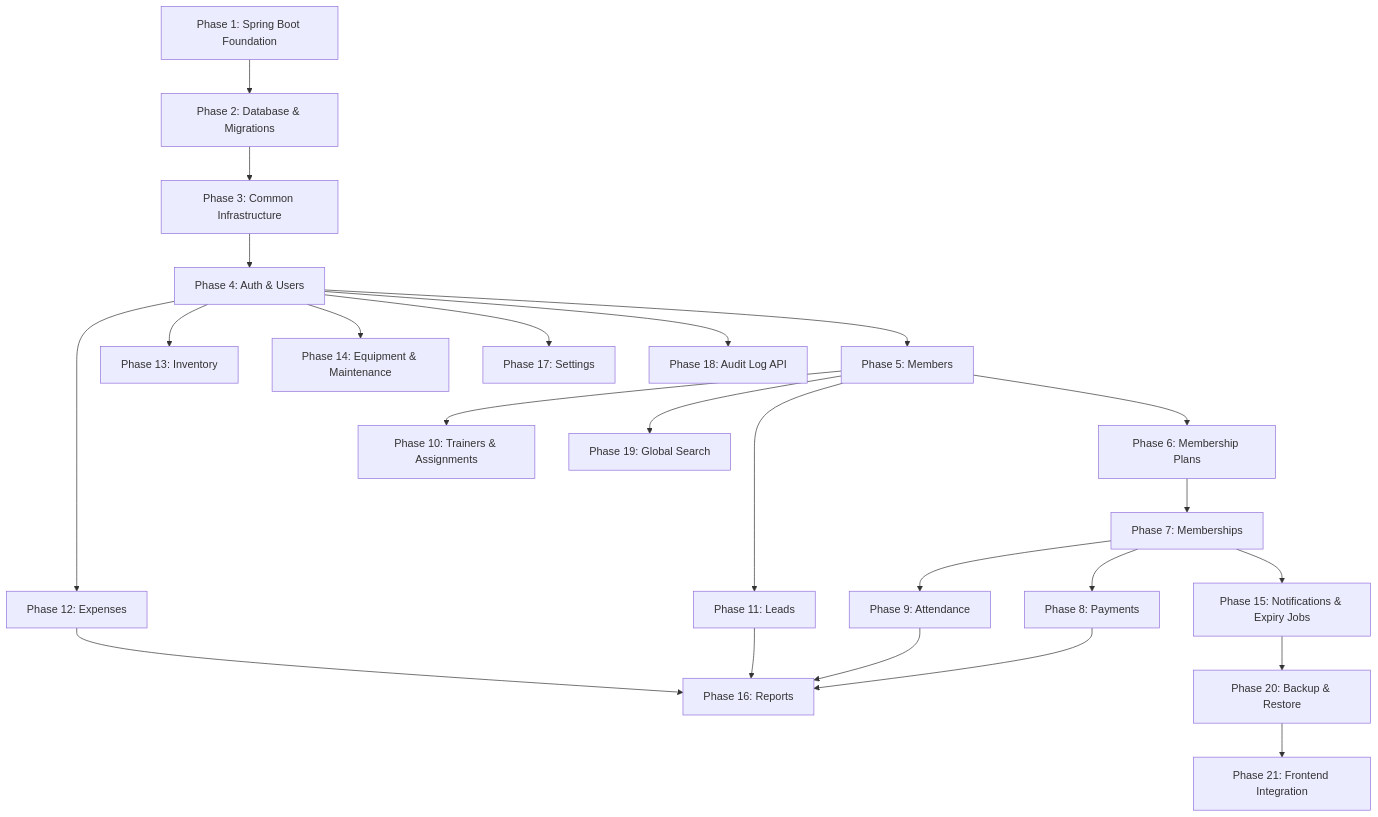
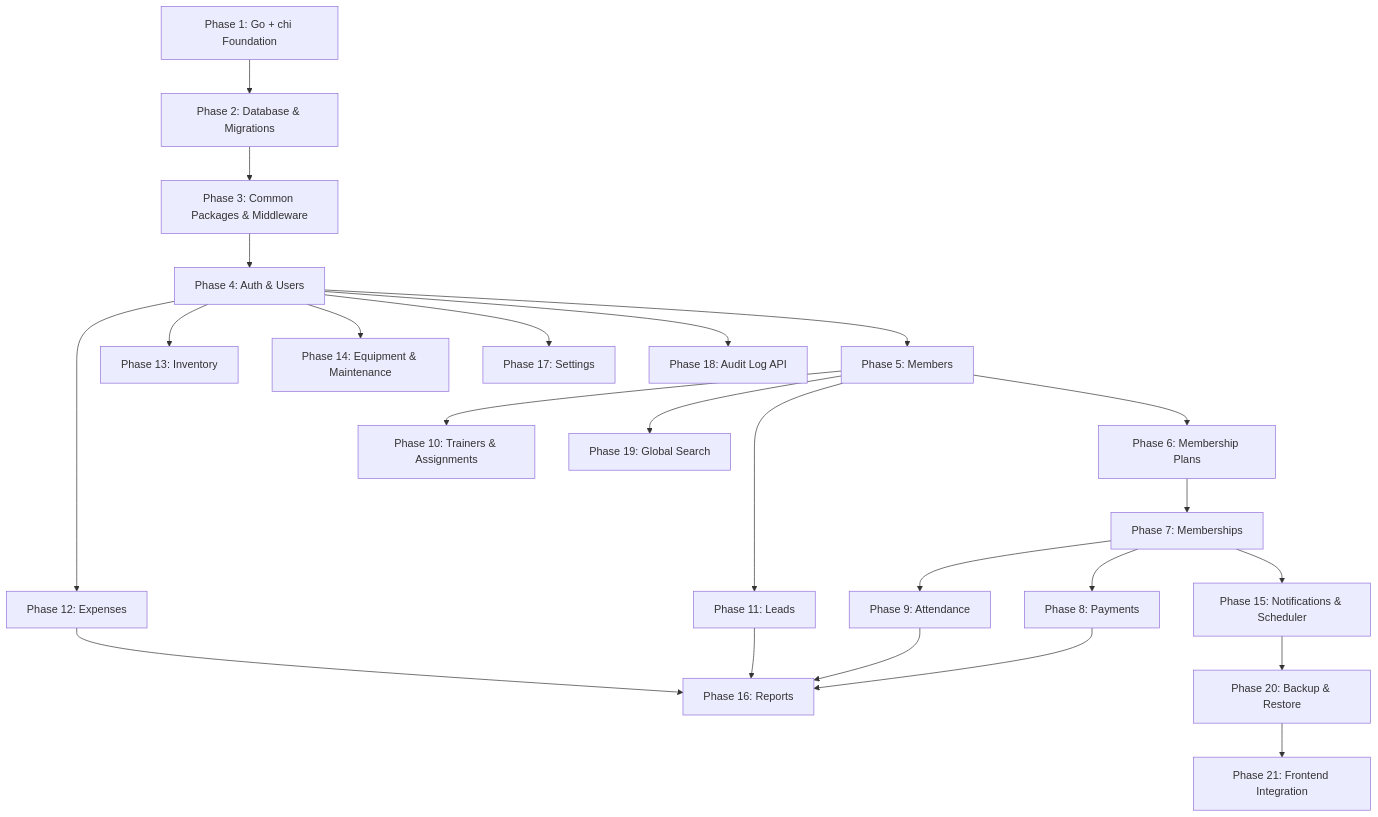
Before and after one commit to sidpd51/gym-app: the diagram in backend/docs/10-backend-development-plan.md, drawn with Mermaid. The commit also changed other lines of this file and 5 other files, not shown here.

Commit message:
Migrate backend architecture documentation from Java/Spring Boot to Go

````diff
--- a/backend/docs/10-backend-development-plan.md
+++ b/backend/docs/10-backend-development-plan.md
@@ -23,26 +30,26 @@
 ```mermaid
 flowchart TD
-    P1[Phase 1: Spring Boot Foundation] --> P2[Phase 2: Database & Migrations]
-    P2 --> P3[Phase 3: Common Infrastructure]
+    P1[Phase 1: Go + chi Foundation] --> P2[Phase 2: Database & Migrations]
+    P2 --> P3[Phase 3: Common Packages & Middleware]
     P3 --> P4[Phase 4: Auth & Users]
     P4 --> P5[Phase 5: Members]
     P5 --> P6[Phase 6: Membership Plans]
     P6 --> P7[Phase 7: Memberships]
     P7 --> P8[Phase 8: Payments]
     P7 --> P9[Phase 9: Attendance]
     P5 --> P10[Phase 10: Trainers & Assignments]
     P5 --> P11[Phase 11: Leads]
     P4 --> P12[Phase 12: Expenses]
     P4 --> P13[Phase 13: Inventory]
     P4 --> P14[Phase 14: Equipment & Maintenance]
-    P7 --> P15[Phase 15: Notifications & Expiry Jobs]
+    P7 --> P15[Phase 15: Notifications & Scheduler]
     P8 --> P16[Phase 16: Reports]
     P9 --> P16
     P11 --> P16
     P12 --> P16
     P4 --> P17[Phase 17: Settings]
     P4 --> P18[Phase 18: Audit Log API]
     P5 --> P19[Phase 19: Global Search]
     P15 --> P20[Phase 20: Backup & Restore]
     P20 --> P21[Phase 21: Frontend Integration]
 ```
````
